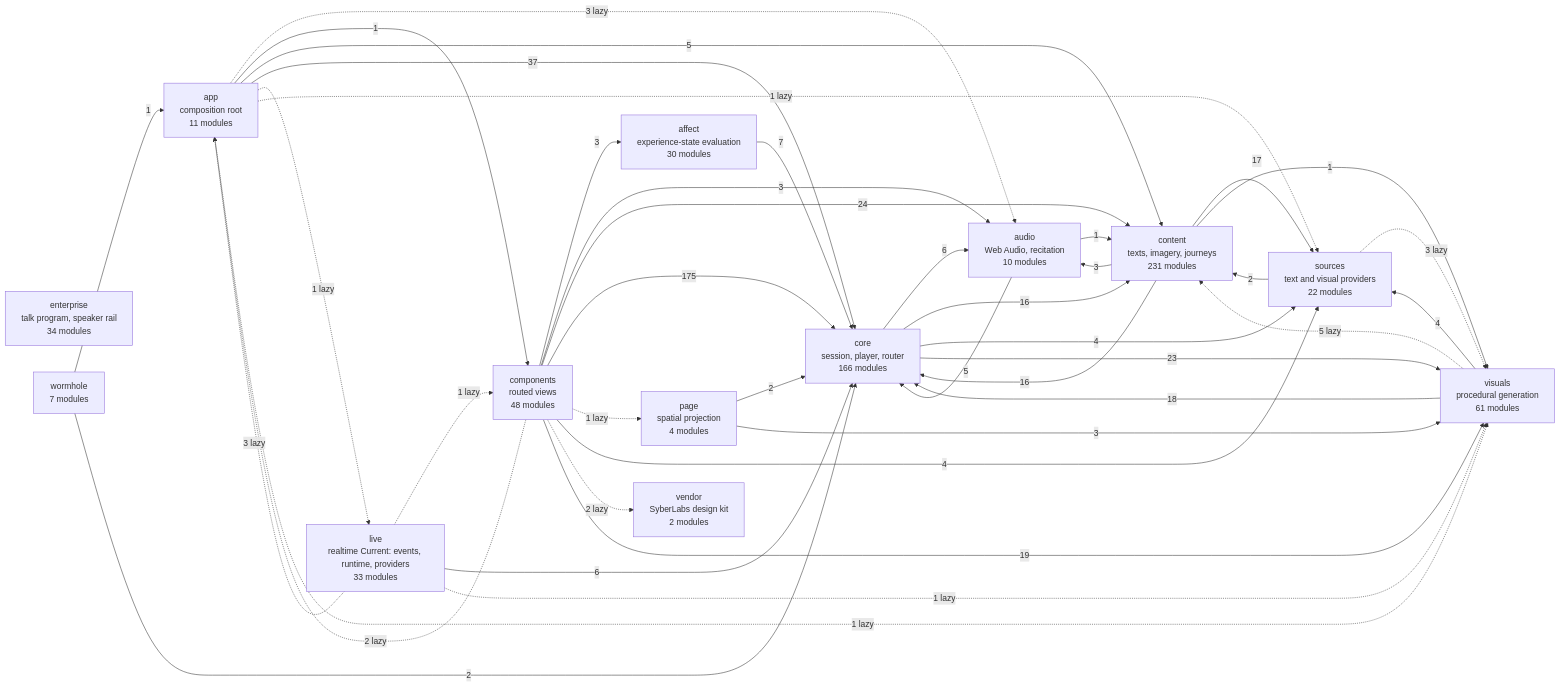
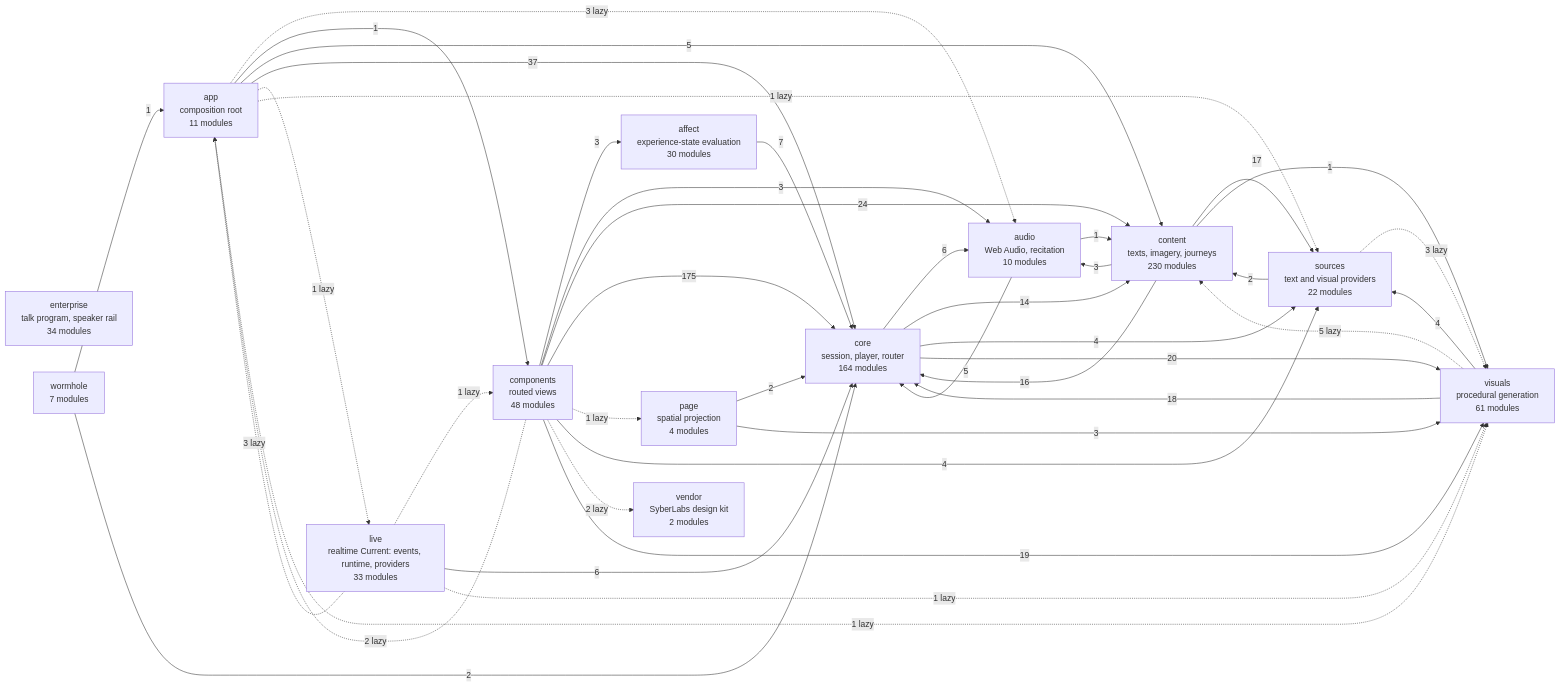
Before and after one commit to SyberLabs/RISE: the diagram in docs/specs/ARCHITECTURE.md, drawn with Mermaid. The commit also changed 26 other files, not shown here.

````diff
--- a/docs/specs/ARCHITECTURE.md
+++ b/docs/specs/ARCHITECTURE.md
@@ -160,57 +160,57 @@
 ```mermaid
 flowchart LR
     affect["affect<br/>experience-state evaluation<br/>30 modules"]
     app["app<br/>composition root<br/>11 modules"]
     audio["audio<br/>Web Audio, recitation<br/>10 modules"]
     components["components<br/>routed views<br/>48 modules"]
-    content["content<br/>texts, imagery, journeys<br/>231 modules"]
-    core["core<br/>session, player, router<br/>166 modules"]
+    content["content<br/>texts, imagery, journeys<br/>230 modules"]
+    core["core<br/>session, player, router<br/>164 modules"]
     enterprise["enterprise<br/>talk program, speaker rail<br/>34 modules"]
     live["live<br/>realtime Current: events, runtime, providers<br/>33 modules"]
     page["page<br/>spatial projection<br/>4 modules"]
     sources["sources<br/>text and visual providers<br/>22 modules"]
     vendor["vendor<br/>SyberLabs design kit<br/>2 modules"]
     visuals["visuals<br/>procedural generation<br/>61 modules"]
     wormhole["wormhole<br/>7 modules"]
 
     affect --> |7| core
     app -.-> |3 lazy| audio
     app --> |1| components
     app --> |5| content
     app --> |37| core
     app -.-> |1 lazy| live
     app -.-> |1 lazy| sources
     app -.-> |1 lazy| visuals
     audio --> |1| content
     audio --> |5| core
     components --> |3| affect
     components -.-> |2 lazy| app
     components --> |3| audio
     components --> |24| content
     components --> |175| core
     components -.-> |1 lazy| page
     components --> |4| sources
     components -.-> |2 lazy| vendor
     components --> |19| visuals
     content --> |3| audio
     content --> |16| core
     content --> |17| sources
     content --> |1| visuals
     core --> |6| audio
-    core --> |16| content
+    core --> |14| content
     core --> |4| sources
-    core --> |23| visuals
+    core --> |20| visuals
     live -.-> |3 lazy| app
     live -.-> |1 lazy| components
     live --> |6| core
     live -.-> |1 lazy| visuals
     page --> |2| core
     page --> |3| visuals
     sources --> |2| content
     sources -.-> |3 lazy| visuals
     visuals -.-> |5 lazy| content
     visuals --> |18| core
     visuals --> |4| sources
     wormhole --> |1| app
     wormhole --> |2| core
 ```
````
